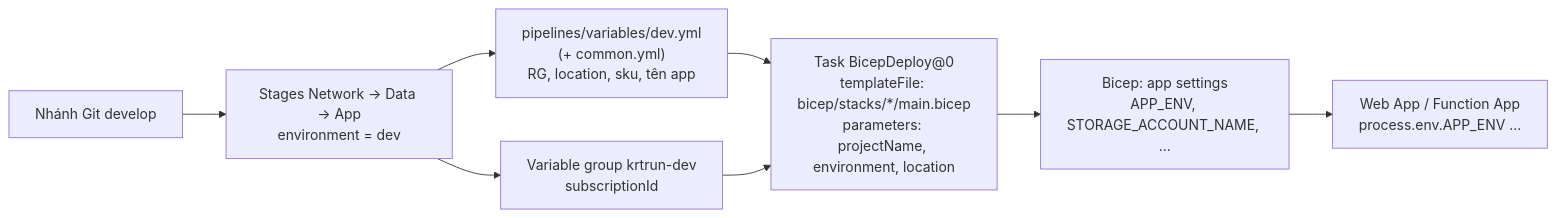
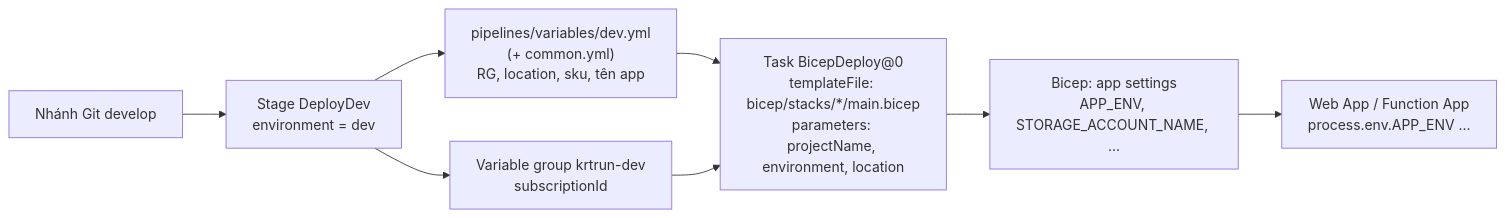
The first of 3 diagrams in docs/SETUP_vi.md (qlap04/KRT-run-infra), drawn with Mermaid before and after one commit. The commit also changed other lines of this file and 3 other files, not shown here.

First line of the commit message:
refactor(pipelines): run network, data and app in one job

````diff
--- a/docs/SETUP_vi.md
+++ b/docs/SETUP_vi.md
@@ -45,10 +45,10 @@
 ```mermaid
 flowchart LR
-  A["Nhánh Git develop"] --> B["Stages Network → Data → App<br/>environment = dev"]
+  A["Nhánh Git develop"] --> B["Stage DeployDev<br/>environment = dev"]
   B --> C["pipelines/variables/dev.yml<br/>(+ common.yml)<br/>RG, location, sku, tên app"]
   B --> G["Variable group krtrun-dev<br/>subscriptionId"]
   C --> D["Task BicepDeploy@0<br/>templateFile: bicep/stacks/*/main.bicep<br/>parameters: projectName, environment, location"]
   G --> D
   D --> E["Bicep: app settings<br/>APP_ENV, STORAGE_ACCOUNT_NAME, ..."]
   E --> F["Web App / Function App<br/>process.env.APP_ENV ..."]
 ```
````
